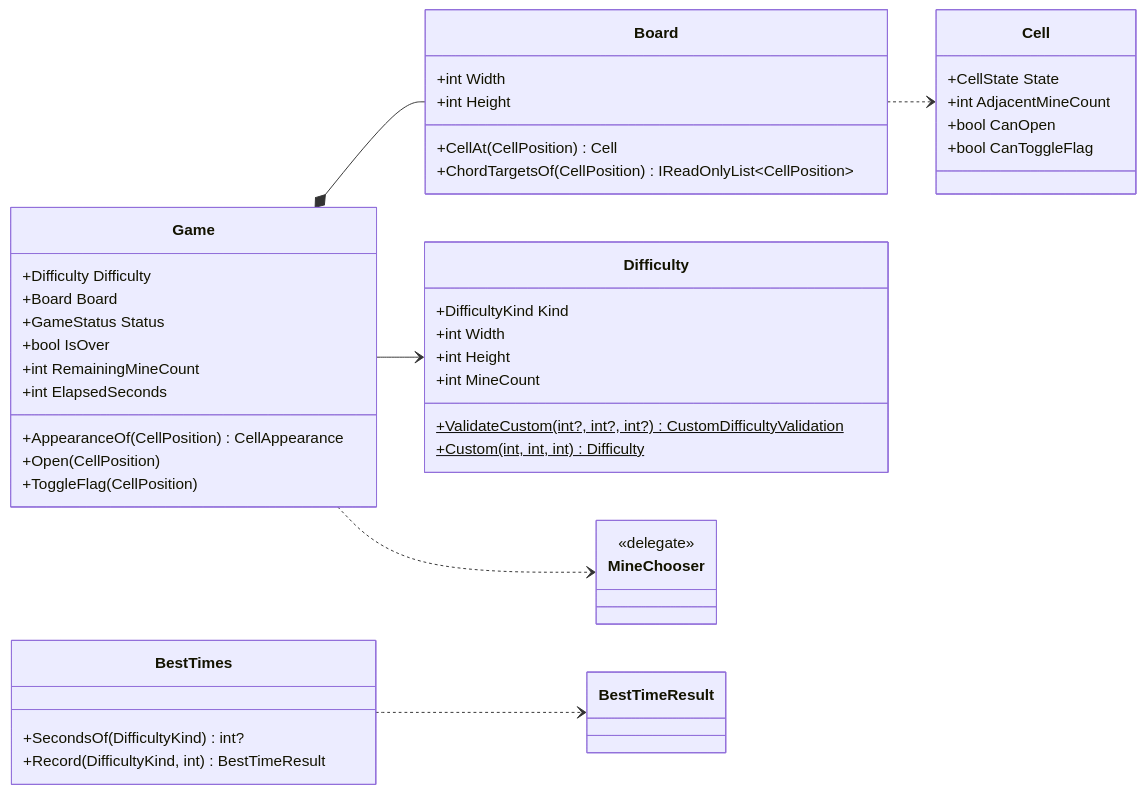
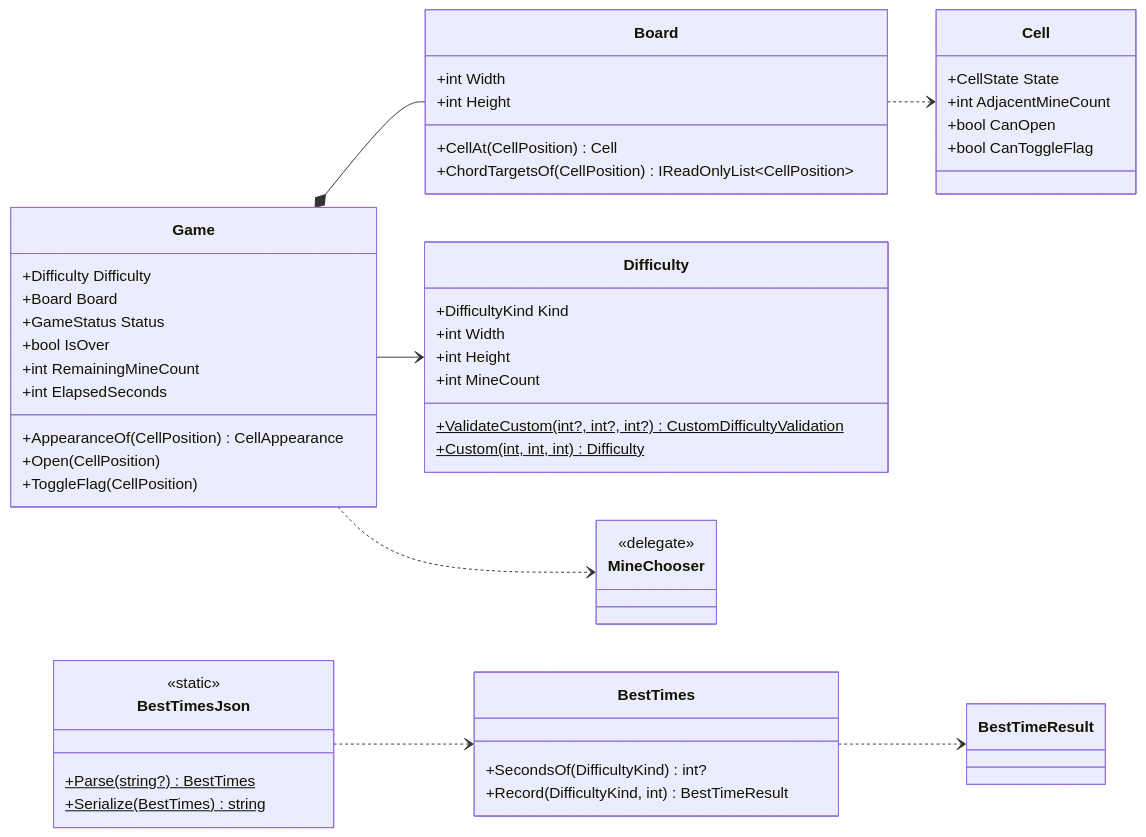
Before and after one commit to Fujiwo/Shos.Minesweeper: the first of 3 diagrams in docs/05-class-design.md, drawn with Mermaid. The commit also changed other lines of this file and 2 other files, not shown here.

````diff
--- a/docs/05-class-design.md
+++ b/docs/05-class-design.md
@@ -101,47 +101,53 @@
 ```mermaid
 classDiagram
     direction LR
     class Game {
         +Difficulty Difficulty
         +Board Board
         +GameStatus Status
         +bool IsOver
         +int RemainingMineCount
         +int ElapsedSeconds
         +AppearanceOf(CellPosition) CellAppearance
         +Open(CellPosition)
         +ToggleFlag(CellPosition)
     }
     class Board {
         +int Width
         +int Height
         +CellAt(CellPosition) Cell
         +ChordTargetsOf(CellPosition) IReadOnlyList~CellPosition~
     }
     class Cell {
         +CellState State
         +int AdjacentMineCount
         +bool CanOpen
         +bool CanToggleFlag
     }
     class Difficulty {
         +DifficultyKind Kind
         +int Width
         +int Height
         +int MineCount
         +ValidateCustom(int?, int?, int?)$ CustomDifficultyValidation
         +Custom(int, int, int)$ Difficulty
     }
     class MineChooser {
         <<delegate>>
     }
     class BestTimes {
         +SecondsOf(DifficultyKind) int?
         +Record(DifficultyKind, int) BestTimeResult
     }
+    class BestTimesJson {
+        <<static>>
+        +Parse(string?)$ BestTimes
+        +Serialize(BestTimes)$ string
+    }
     Game *-- Board
     Game --> Difficulty
     Game ..> MineChooser
     Board ..> Cell
     BestTimes ..> BestTimeResult
+    BestTimesJson ..> BestTimes
 ```
````
